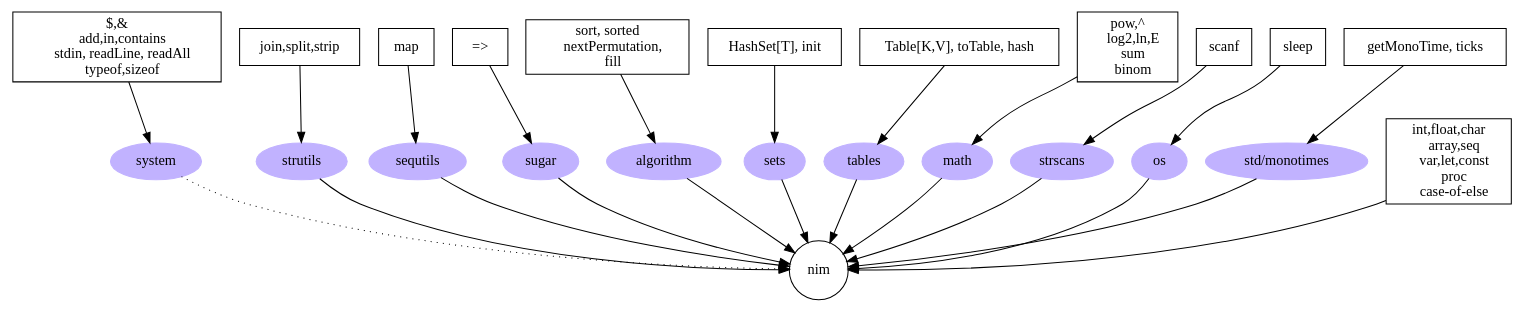
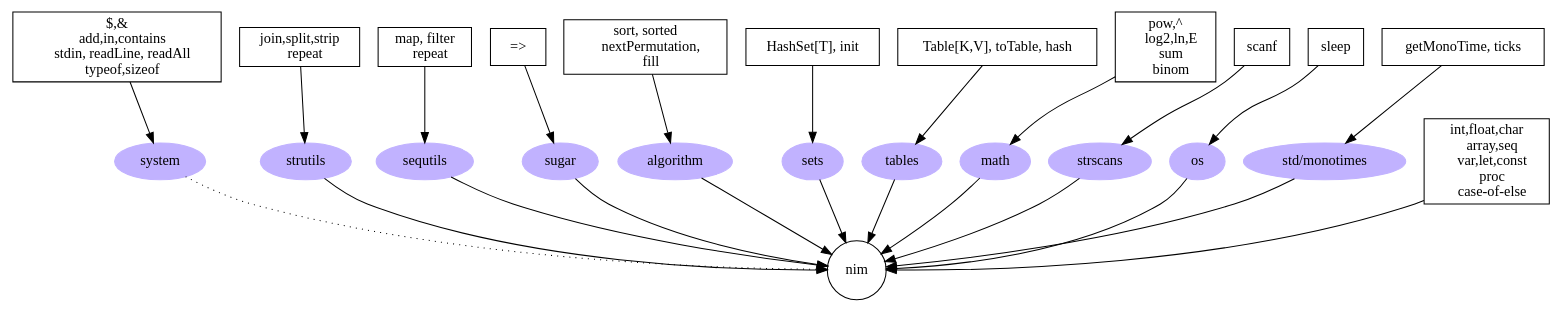
Before and after one commit to czylabsonasa/learnnim: the diagram in graphViz/rajz.gv, drawn with Graphviz. The commit also changed 6 other files, not shown here.

```diff
--- a/graphViz/rajz.gv
+++ b/graphViz/rajz.gv
@@ -1,111 +1,119 @@
-digraph G {
+digraph G { 
   nim 
     [shape = circle, URL = "https://nim-lang.org"] ;
   
   system, strutils, 
   sequtils, sugar, 
   algorithm, sets, tables, 
-  math, strscans, os, mon
+  math, strscans, os, monotimes
     [style = filled, color = "0.7 0.3 1.0"] ;
   
-  mon [label="std/monotimes"]
+  monotimes [label="std/monotimes"]
 
 
-  n0 [ label = 
+  nim0 [ label = 
     "int,float,char
     array,seq
     var,let,const
     proc
     case-of-else", 
   shape = box ]
-  n0 -> nim ;
+  nim0 -> nim ;
   
 /* ************ */
   system -> nim [style = dotted] ;
-  sys0 [ label = 
+  system0 [ label = 
     "$,&
     add,in,contains
     stdin, readLine, readAll
     typeof,sizeof", 
   shape = box] ;
-  sys0 -> system ;
+  system0 -> system ;
 
 /* ************ */
   strutils -> nim;
-  str0[ label = 
-    "join,split,strip", 
+  strutils0[ label = 
+    "join,split,strip
+    repeat", 
   shape = box] ;
-  str0 -> strutils ;
+  strutils0 -> strutils ;
 
 /* ************ */
+
   sequtils -> nim;
-  seq0[ label = 
-    "map", 
+  sequtils0[ label = 
+    "map, filter
+    repeat", 
   shape = box] ; 
-  seq0 -> sequtils;
+  sequtils0 -> sequtils;
+
 /* ************ */
   sugar -> nim;
-  sug0[ label = 
+  sugar0[ label = 
     "=>", 
   shape = box ] ; 
-  sug0 -> sugar;
+  sugar0 -> sugar;
+
 /* ************ */
+
   algorithm -> nim;
-  alg0[label = 
+  algorithm0[label = 
     "sort, sorted
     nextPermutation,
     fill", 
   shape = box ]
-  alg0 -> algorithm    
+  algorithm0 -> algorithm    
+
 /* ************ */
+
   sets -> nim;
-  set0[ label = 
+  sets0[ label = 
     "HashSet[T], init", 
   shape = box ] ; 
-  set0 -> sets;
+  sets0 -> sets;
 
 
 /* ************ */
   tables -> nim;
-  tab0[ label = 
+  tables0[ label = 
     "Table[K,V], toTable, hash", 
   shape = box ] ; 
-  tab0 -> tables;
+  tables0 -> tables;
 
 
 /* ************ */
 
   math -> nim;
-  mat0[ label = 
+  math0[ label = 
     "pow,^
     log2,ln,E
     sum
     binom", 
   shape = box ] ; 
-  mat0 -> math ;
+  math0 -> math ;
 
 /* ************ */
 
   strscans -> nim;
-  scan0[ label = 
+  strscans0[ label = 
     "scanf", 
   shape = box ]
-  scan0 -> strscans ;
+  strscans0 -> strscans ;
 
 /* ************ */
 
   os -> nim;
   os0[ label = 
     "sleep", 
   shape = box ]
   os0 -> os ;
 
 /* ************ */
 
-  mon -> nim;
-  mon0[ label = 
+  monotimes -> nim;
+  monotimes0[ label = 
     "getMonoTime, ticks", 
   shape = box ]
-  mon0 -> mon ;
+  monotimes0 -> monotimes ;
 
 }
```
